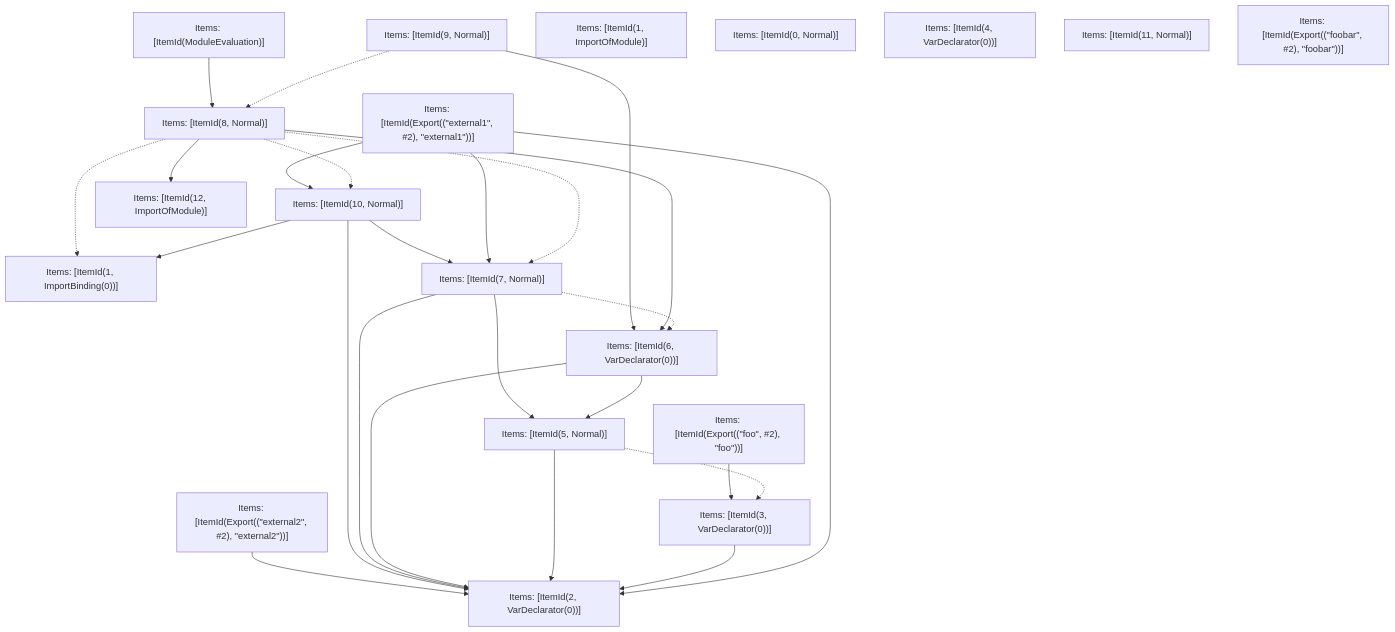
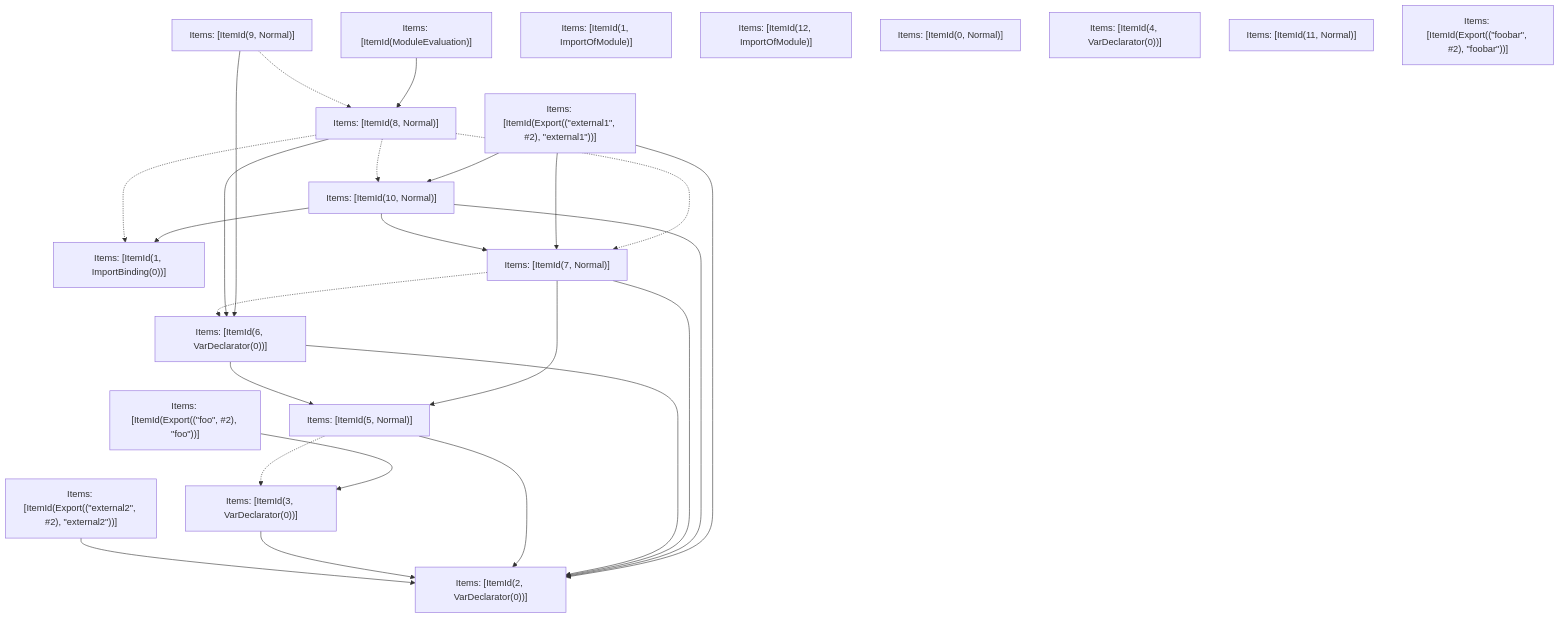
The fifth of 5 diagrams in turbopack/crates/turbopack-ecmascript/tests/tree-shaker/analyzer/2/output.md (Sonar-UX-Testing-FreePlan/next.js), drawn with Mermaid before and after one commit. The commit also changed other lines of this file and 30 other files, not shown here.

````diff
--- a/turbopack/crates/turbopack-ecmascript/tests/tree-shaker/analyzer/2/output.md
+++ b/turbopack/crates/turbopack-ecmascript/tests/tree-shaker/analyzer/2/output.md
@@ -356,46 +356,45 @@
 ```mermaid
 graph TD
     N0["Items: [ItemId(ModuleEvaluation)]"];
     N1["Items: [ItemId(Export((&quot;external1&quot;, #2), &quot;external1&quot;))]"];
     N2["Items: [ItemId(Export((&quot;external2&quot;, #2), &quot;external2&quot;))]"];
     N3["Items: [ItemId(Export((&quot;foo&quot;, #2), &quot;foo&quot;))]"];
     N4["Items: [ItemId(1, ImportBinding(0))]"];
     N5["Items: [ItemId(2, VarDeclarator(0))]"];
     N6["Items: [ItemId(3, VarDeclarator(0))]"];
     N7["Items: [ItemId(5, Normal)]"];
     N8["Items: [ItemId(6, VarDeclarator(0))]"];
     N9["Items: [ItemId(7, Normal)]"];
     N10["Items: [ItemId(8, Normal)]"];
     N11["Items: [ItemId(9, Normal)]"];
     N12["Items: [ItemId(10, Normal)]"];
-    N13["Items: [ItemId(12, ImportOfModule)]"];
-    N14["Items: [ItemId(1, ImportOfModule)]"];
+    N13["Items: [ItemId(1, ImportOfModule)]"];
+    N14["Items: [ItemId(12, ImportOfModule)]"];
     N15["Items: [ItemId(0, Normal)]"];
     N16["Items: [ItemId(4, VarDeclarator(0))]"];
     N17["Items: [ItemId(11, Normal)]"];
     N18["Items: [ItemId(Export((&quot;foobar&quot;, #2), &quot;foobar&quot;))]"];
-    N1 --> N5;
+    N2 --> N5;
     N6 --> N5;
-    N12 --> N4;
+    N12 --> N9;
     N7 --> N5;
     N7 -.-> N6;
     N8 --> N7;
     N8 --> N5;
     N9 --> N7;
     N9 --> N5;
     N9 -.-> N8;
     N10 --> N8;
-    N10 --> N13;
+    N1 --> N9;
     N10 -.-> N12;
     N10 -.-> N9;
     N10 -.-> N4;
     N11 --> N8;
     N11 -.-> N10;
+    N12 --> N5;
+    N1 --> N12;
     N0 --> N10;
-    N1 --> N9;
-    N1 --> N12;
     N3 --> N6;
-    N12 --> N9;
-    N12 --> N5;
-    N2 --> N5;
+    N1 --> N5;
+    N12 --> N4;
 ```
````
